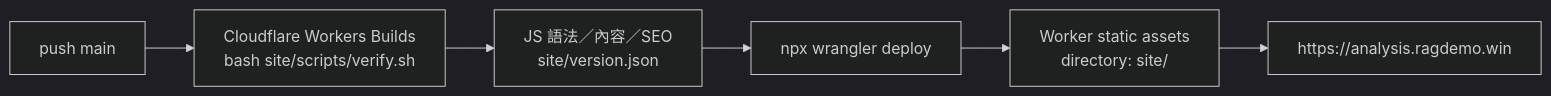
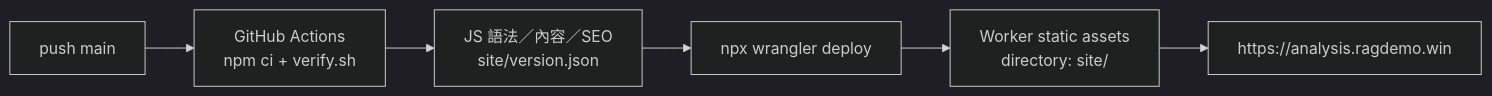
One commit to solo0920/analysis changed the fifth of 5 diagrams in documents/architecture.md. Above: the diagram before and after it, drawn with Mermaid (dark theme). The commit also changed other lines of this file and 11 other files, not shown here.

Commit message:
Build and deploy with GitHub Actions

````diff
--- a/documents/architecture.md
+++ b/documents/architecture.md
@@ -255,8 +255,8 @@
 ```mermaid
 flowchart LR
-  Dev["push main"] --> Build["Cloudflare Workers Builds<br/>bash site/scripts/verify.sh"]
-  Build --> Verify["JS 語法／內容／SEO<br/>site/version.json"]
+  Dev["push main"] --> Actions["GitHub Actions<br/>npm ci + verify.sh"]
+  Actions --> Verify["JS 語法／內容／SEO<br/>site/version.json"]
   Verify --> Deploy["npx wrangler deploy"]
   Deploy --> Assets["Worker static assets<br/>directory: site/"]
   Assets --> Live["https://analysis.ragdemo.win"]
 ```
````
